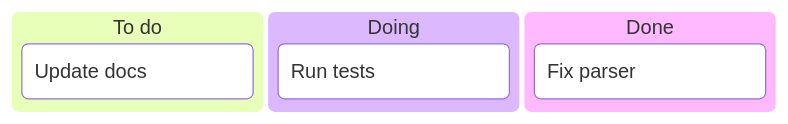
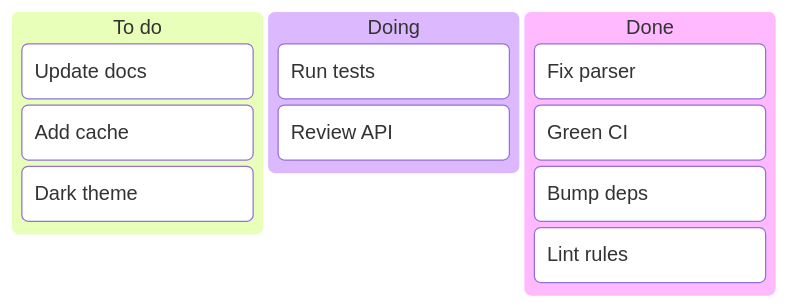
The diagram in examples/kanban.mmd (apresmoi/glyphcss-diagrams), drawn with Mermaid before and after one commit. The commit also changed 3 other files, not shown here.

```diff
--- a/examples/kanban.mmd
+++ b/examples/kanban.mmd
@@ -1,7 +1,13 @@
 kanban
   todo[To do]
     docs[Update docs]
+    cache[Add cache]
+    theme[Dark theme]
   doing[Doing]
     tests[Run tests]
+    api[Review API]
   done[Done]
     fix[Fix parser]
+    ci[Green CI]
+    bump[Bump deps]
+    lint[Lint rules]
```
